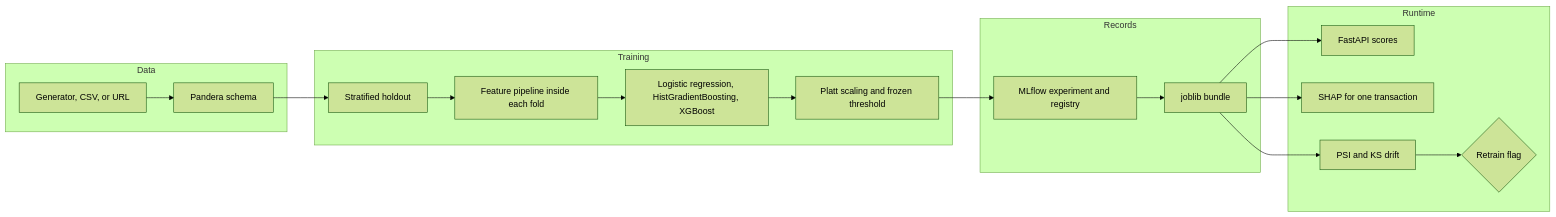
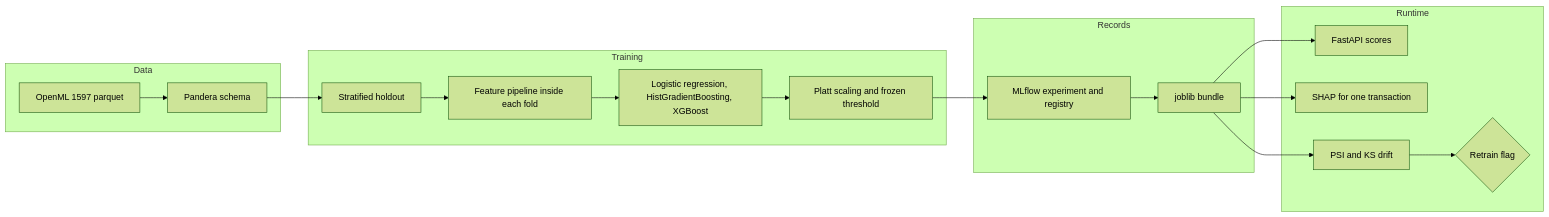
One commit to AshwathBajaj/mlops-pipeline changed the diagram in README.md. Above: the diagram before and after it, drawn with Mermaid (forest theme). The commit also changed other lines of this file and 13 other files, not shown here.

````diff
--- a/README.md
+++ b/README.md
@@ -19,27 +40,27 @@
 ```mermaid
 flowchart LR
   subgraph dataPlane [Data]
-    G[Generator, CSV, or URL]
+    G[OpenML 1597 parquet]
     V[Pandera schema]
   end
   subgraph training [Training]
     S[Stratified holdout]
     F[Feature pipeline inside each fold]
     M[Logistic regression, HistGradientBoosting, XGBoost]
     C[Platt scaling and frozen threshold]
   end
   subgraph records [Records]
     L[MLflow experiment and registry]
     J[joblib bundle]
   end
   subgraph runtime [Runtime]
     A[FastAPI scores]
     E[SHAP for one transaction]
     D[PSI and KS drift]
     R{Retrain flag}
   end
   G --> V --> S --> F --> M --> C --> L --> J
   J --> A
   J --> E
   J --> D --> R
 ```
````
